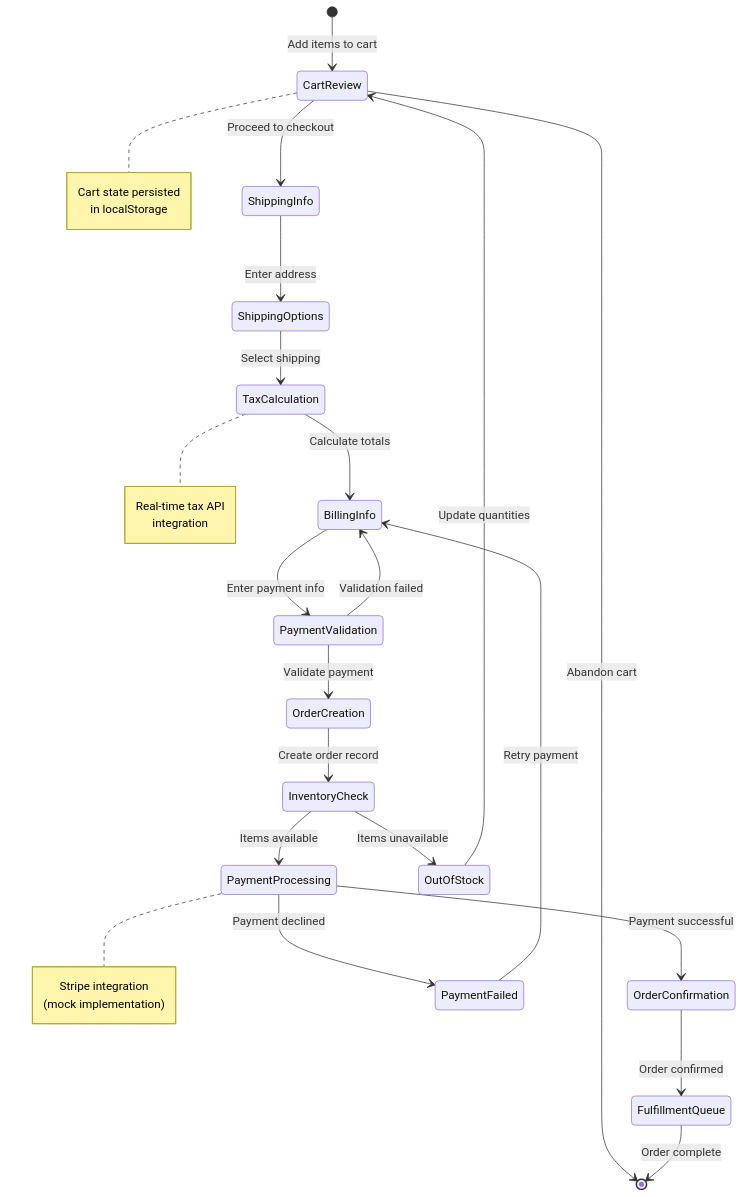
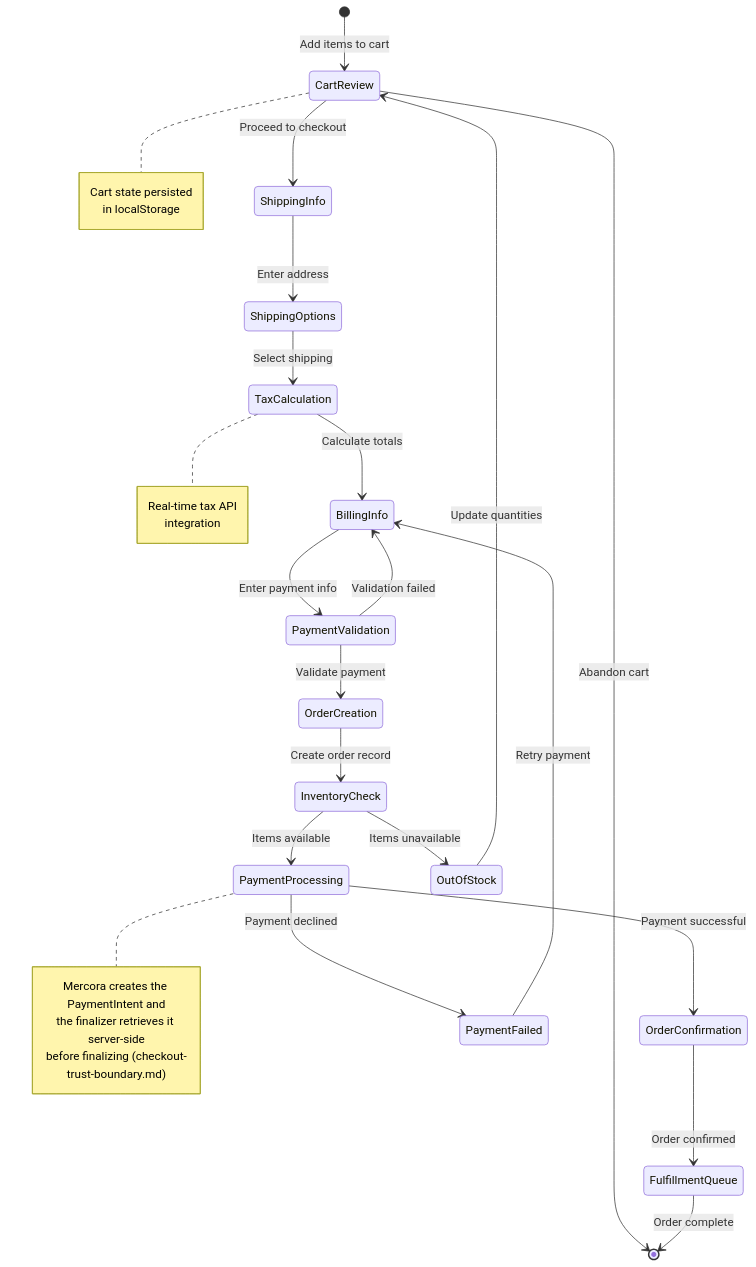
One commit to russellkmoore/mercora changed the fourth of 5 diagrams in docs/api-architecture.md. Above: the diagram before and after it, drawn with Mermaid. The commit also changed other lines of this file, not shown here.

Commit message:
docs(04-02): name the current model and describe the real Stripe path in the API architecture
- Sequence diagram now names @cf/openai/gpt-oss-20b instead of the superseded model
- PaymentProcessing note now describes the real PaymentIntent flow, citing docs/checkout-trust-boundary.md

Claude-Session: https://claude.ai/code/session_01BqnAn5gSwQcmMqhSMRommB

````diff
--- a/docs/api-architecture.md
+++ b/docs/api-architecture.md
@@ -394,44 +394,45 @@
 ```mermaid
 stateDiagram-v2
     [*] --> CartReview : Add items to cart
     
     CartReview --> ShippingInfo : Proceed to checkout
     CartReview --> [*] : Abandon cart
     
     ShippingInfo --> ShippingOptions : Enter address
     ShippingOptions --> TaxCalculation : Select shipping
     TaxCalculation --> BillingInfo : Calculate totals
     
     BillingInfo --> PaymentValidation : Enter payment info
     PaymentValidation --> OrderCreation : Validate payment
     PaymentValidation --> BillingInfo : Validation failed
     
     OrderCreation --> InventoryCheck : Create order record
     InventoryCheck --> PaymentProcessing : Items available
     InventoryCheck --> OutOfStock : Items unavailable
     
     OutOfStock --> CartReview : Update quantities
     
     PaymentProcessing --> OrderConfirmation : Payment successful
     PaymentProcessing --> PaymentFailed : Payment declined
     
     PaymentFailed --> BillingInfo : Retry payment
     
     OrderConfirmation --> FulfillmentQueue : Order confirmed
     FulfillmentQueue --> [*] : Order complete
 
     note right of CartReview
         Cart state persisted
         in localStorage
     end note
 
     note right of TaxCalculation
         Real-time tax API
         integration
     end note
 
     note right of PaymentProcessing
-        Stripe integration
-        (mock implementation)
+        Mercora creates the PaymentIntent and
+        the finalizer retrieves it server-side
+        before finalizing (checkout-trust-boundary.md)
     end note
 ```
````
